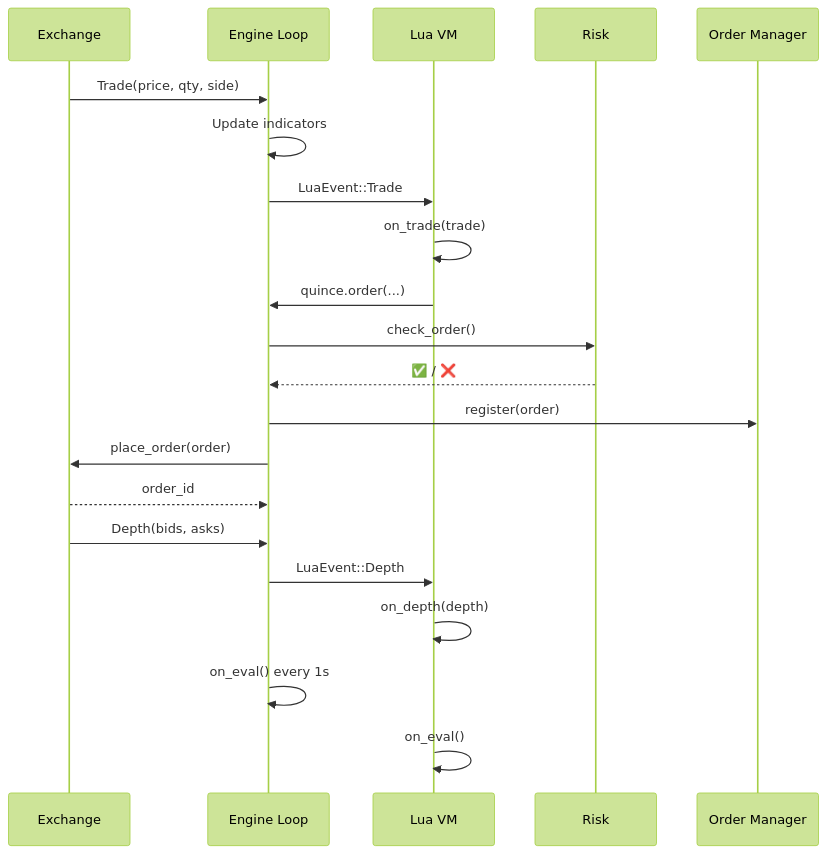
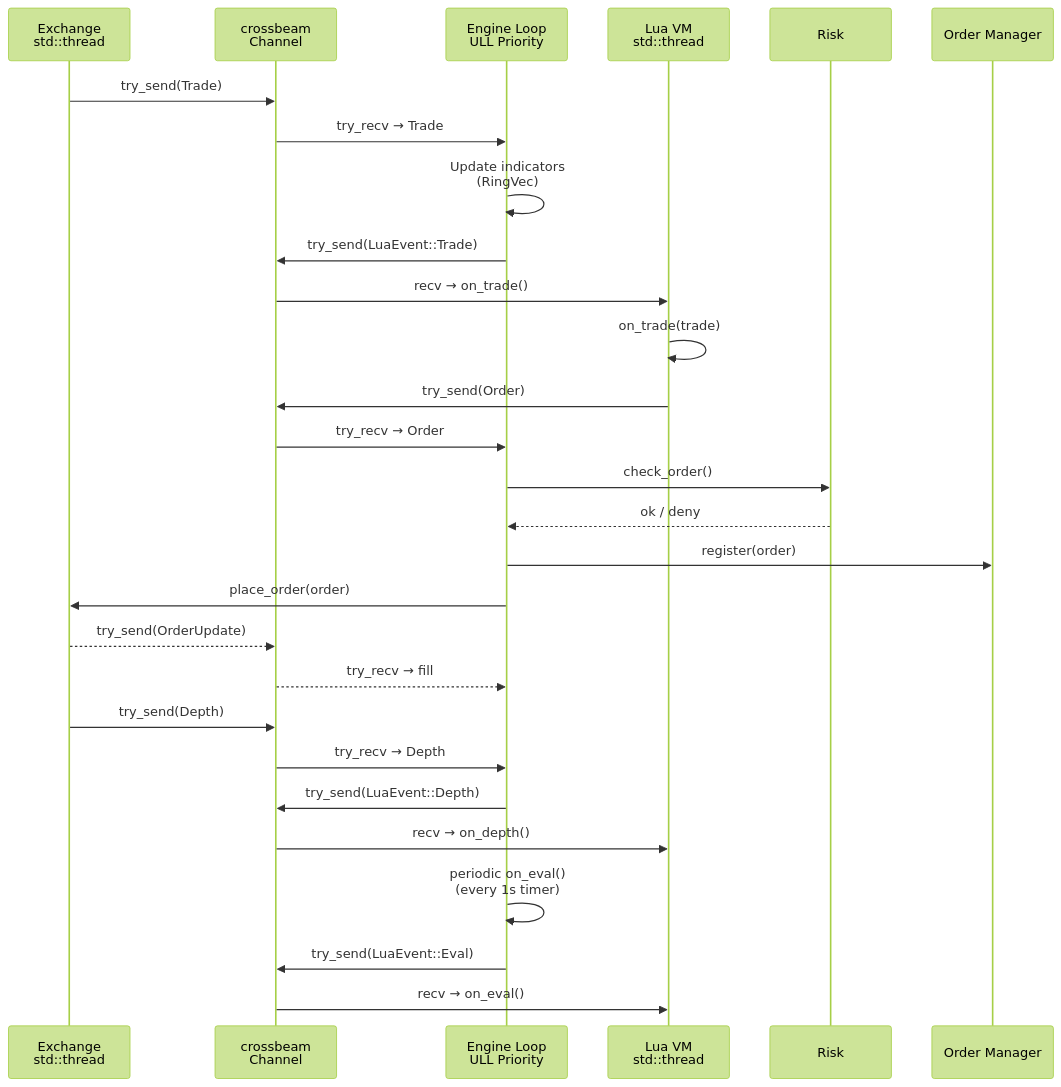
One commit to 0xitsss/quince changed the second of 3 diagrams in README.md. Above: the diagram before and after it, drawn with Mermaid (forest theme). The commit also changed other lines of this file and 1 other file, not shown here.

Commit message:
Update README with v0.1.1 architecture, crossbeam channels, 191 tests, ULL priority loop

````diff
--- a/README.md
+++ b/README.md
@@ -53,28 +61,34 @@
 ```mermaid
 sequenceDiagram
-    participant E as Exchange
-    participant EL as Engine Loop
-    participant L as Lua VM
+    participant E as Exchange<br/>std::thread
+    participant C as crossbeam<br/>Channel
+    participant EL as Engine Loop<br/>ULL Priority
+    participant L as Lua VM<br/>std::thread
     participant R as Risk
     participant OM as Order Manager
 
-    E->>EL: Trade(price, qty, side)
-    EL->>EL: Update indicators
-    EL->>L: LuaEvent::Trade
+    E->>C: try_send(Trade)
+    C->>EL: try_recv → Trade
+    EL->>EL: Update indicators<br/>(RingVec)
+    EL->>C: try_send(LuaEvent::Trade)
+    C->>L: recv → on_trade()
     L->>L: on_trade(trade)
-    L->>EL: quince.order(...)
+    L->>C: try_send(Order)
+    C->>EL: try_recv → Order
 
     EL->>R: check_order()
-    R-->>EL: ✅ / ❌
-
+    R-->>EL: ok / deny
     EL->>OM: register(order)
     EL->>E: place_order(order)
-    E-->>EL: order_id
+    E-->>C: try_send(OrderUpdate)
+    C-->>EL: try_recv → fill
 
-    E->>EL: Depth(bids, asks)
-    EL->>L: LuaEvent::Depth
-    L->>L: on_depth(depth)
+    E->>C: try_send(Depth)
+    C->>EL: try_recv → Depth
+    EL->>C: try_send(LuaEvent::Depth)
+    C->>L: recv → on_depth()
 
-    EL->>EL: on_eval() every 1s
-    L->>L: on_eval()
+    EL->>EL: periodic on_eval()<br/>(every 1s timer)
+    EL->>C: try_send(LuaEvent::Eval)
+    C->>L: recv → on_eval()
 ```
````
